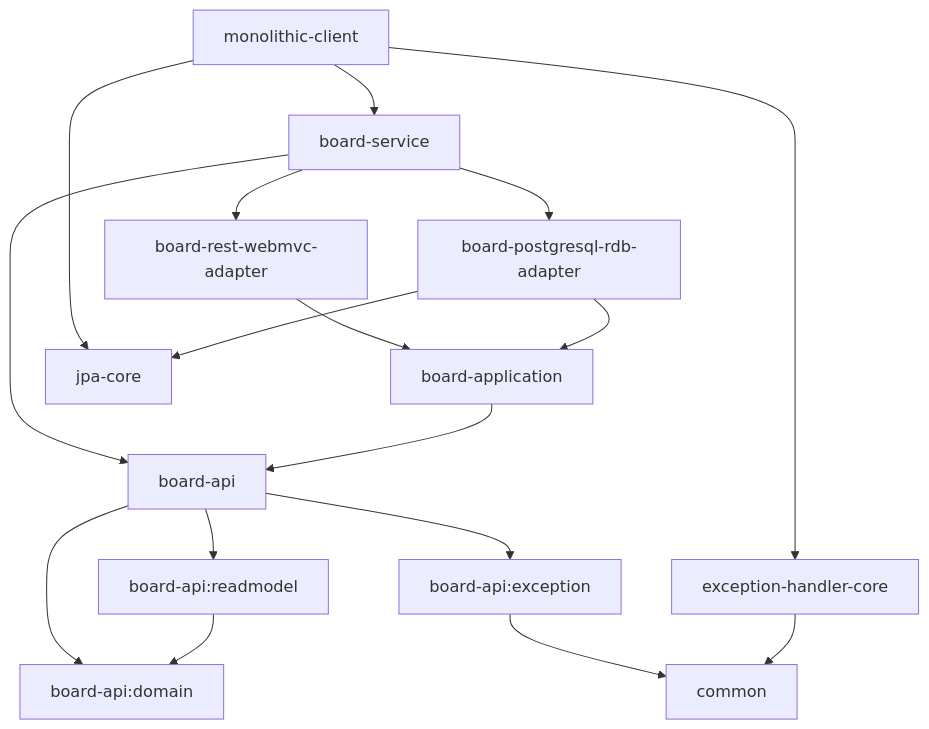
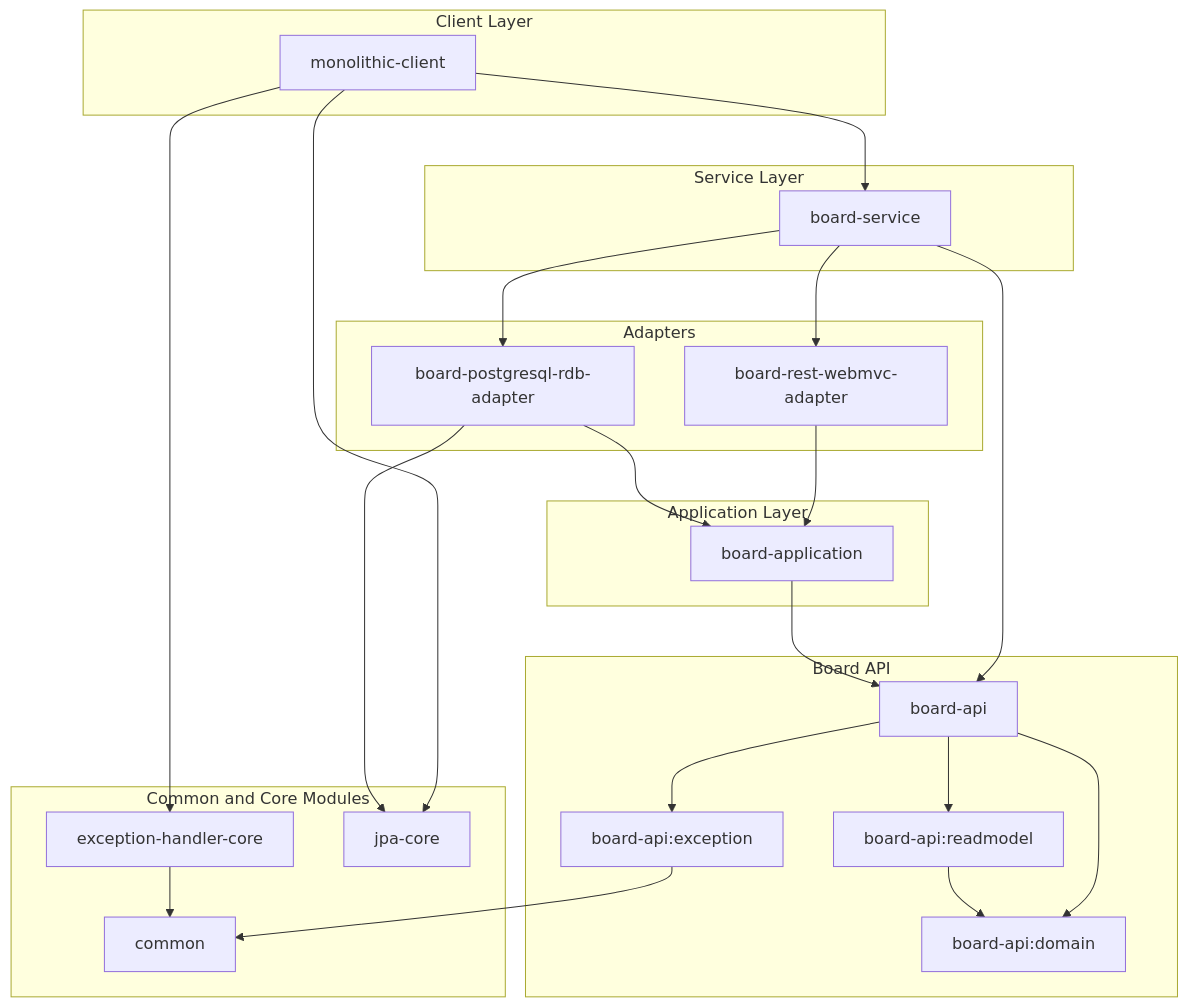
The diagram in README.md (silberbullet/blolet-multi-module-example), drawn with Mermaid before and after one commit.

````diff
--- a/README.md
+++ b/README.md
@@ -32,26 +32,62 @@
 ```mermaid
 graph TD;
+    %% 공통 모듈
     exception-handler-core --> common;
     board-api:exception --> common;
     
+    %% Board API 모듈 관계
     board-api:readmodel --> board-api:domain;
-    
     board-api --> board-api:domain;
     board-api --> board-api:exception;
     board-api --> board-api:readmodel;
-    
+
+    %% Application 계층
     board-application --> board-api;
-    
+
+    %% Adapter 계층
     board-postgresql-rdb-adapter --> jpa-core;
     board-postgresql-rdb-adapter --> board-application;
     
-    board-rest-webmvc-adapter  --> board-application;
-        
-    board-service --> board-api 
-    board-service --> board-postgresql-rdb-adapter
-    board-service --> board-rest-webmvc-adapter 
+    board-rest-webmvc-adapter --> board-application;
 
-    monolithic-client --> board-service 
-    monolithic-client --> exception-handler-core 
-    monolithic-client --> jpa-core
+    %% Service 계층
+    board-service --> board-api;
+    board-service --> board-postgresql-rdb-adapter;
+    board-service --> board-rest-webmvc-adapter;
+
+    %% 클라이언트 계층
+    monolithic-client --> board-service;
+    monolithic-client --> exception-handler-core;
+    monolithic-client --> jpa-core;
+
+    %% 그룹화 (선택 사항)
+    subgraph Common and Core Modules
+        common
+        exception-handler-core
+        jpa-core
+    end
+
+    subgraph Board API
+        board-api
+        board-api:domain
+        board-api:exception
+        board-api:readmodel
+    end
+
+    subgraph Application Layer
+        board-application
+    end
+
+    subgraph Adapters
+        board-postgresql-rdb-adapter
+        board-rest-webmvc-adapter
+    end
+
+    subgraph Service Layer
+        board-service
+    end
+
+    subgraph Client Layer
+        monolithic-client
+    end
 ```
````
